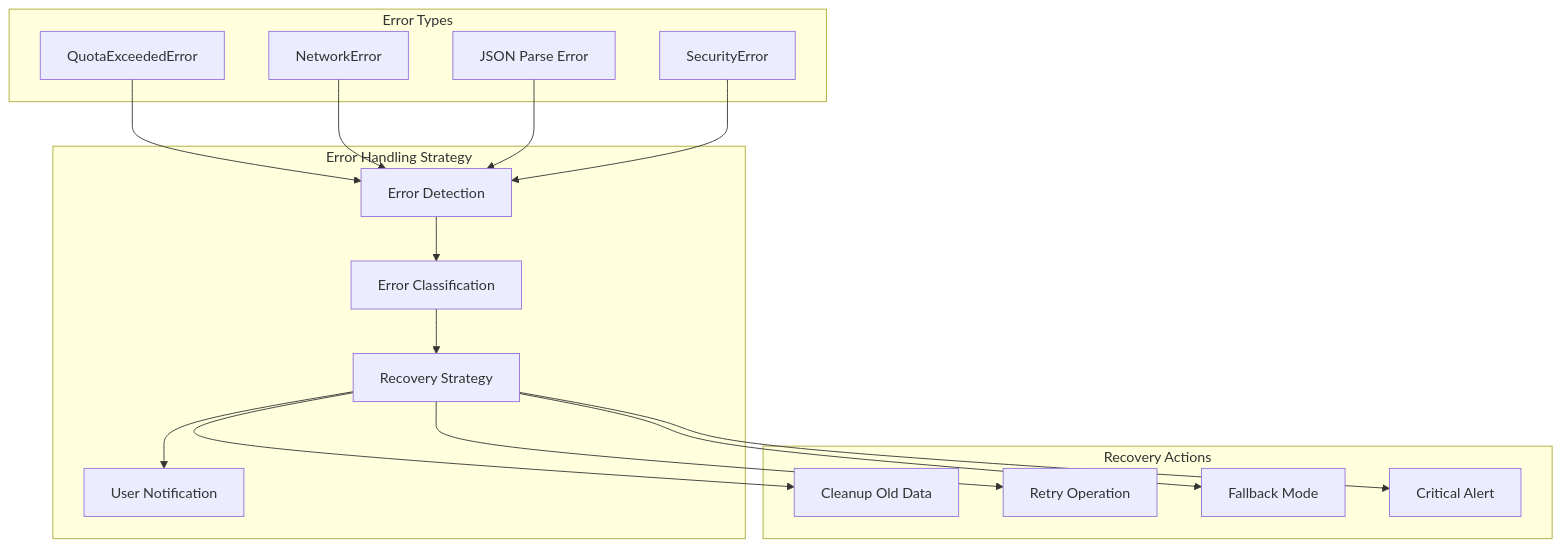
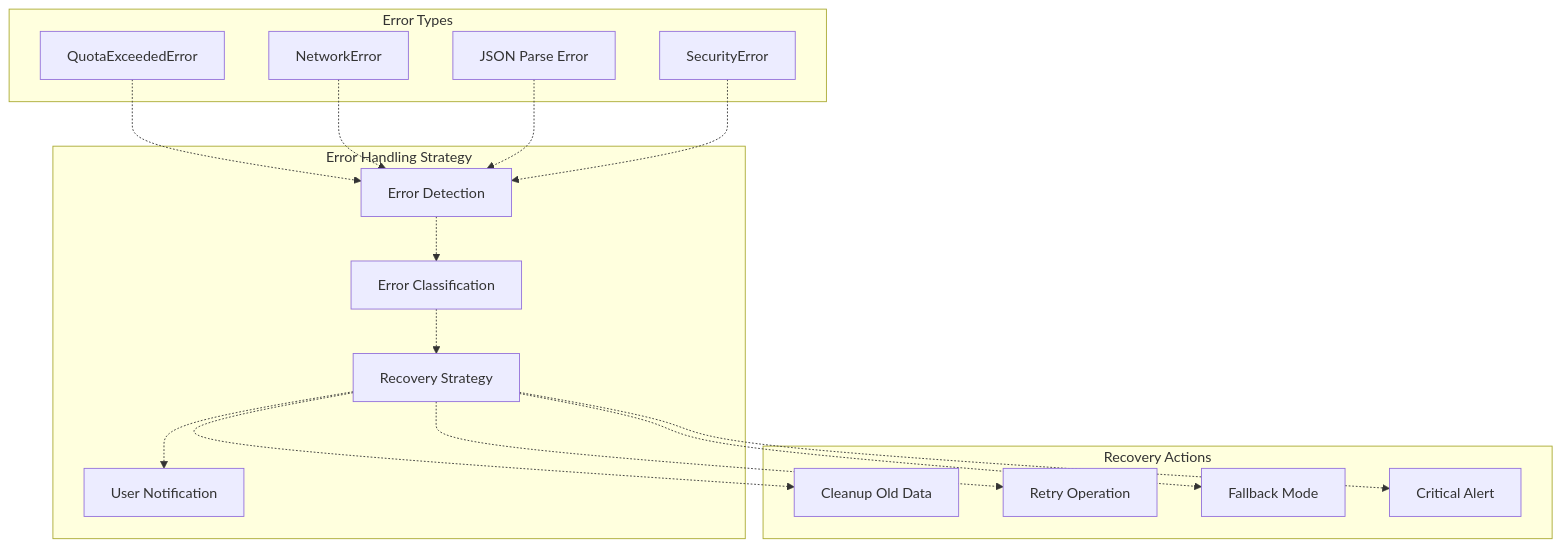
Diagram 17 of 22 in developer/doc/Wiki/Data-Management-System.md (sallowayma-git/IELTS-practice), drawn with Mermaid before and after one commit. The commit also changed other lines of this file and 84 other files, not shown here.

````diff
--- a/developer/doc/Wiki/Data-Management-System.md
+++ b/developer/doc/Wiki/Data-Management-System.md
@@ -983,49 +1013,49 @@
 ```mermaid
 flowchart TD
 
 QuotaError["QuotaExceededError"]
 NetworkError["NetworkError"]
 ParseError["JSON Parse Error"]
 SecurityError["SecurityError"]
 Detection["Error Detection"]
 Classification["Error Classification"]
 Recovery["Recovery Strategy"]
 UserNotification["User Notification"]
 CleanupOld["Cleanup Old Data"]
 RetryOperation["Retry Operation"]
 FallbackMode["Fallback Mode"]
 CriticalAlert["Critical Alert"]
 
-QuotaError --> Detection
-NetworkError --> Detection
-ParseError --> Detection
-SecurityError --> Detection
-Recovery --> CleanupOld
-Recovery --> RetryOperation
-Recovery --> FallbackMode
-Recovery --> CriticalAlert
+QuotaError -.-> Detection
+NetworkError -.-> Detection
+ParseError -.-> Detection
+SecurityError -.-> Detection
+Recovery -.-> CleanupOld
+Recovery -.-> RetryOperation
+Recovery -.-> FallbackMode
+Recovery -.-> CriticalAlert
 
 subgraph subGraph2 ["Recovery Actions"]
     CleanupOld
     RetryOperation
     FallbackMode
     CriticalAlert
 end
 
 subgraph subGraph1 ["Error Handling Strategy"]
     Detection
     Classification
     Recovery
     UserNotification
-    Detection --> Classification
-    Classification --> Recovery
-    Recovery --> UserNotification
+    Detection -.-> Classification
+    Classification -.-> Recovery
+    Recovery -.-> UserNotification
 end
 
 subgraph subGraph0 ["Error Types"]
     QuotaError
     NetworkError
     ParseError
     SecurityError
 end
 ```
````
